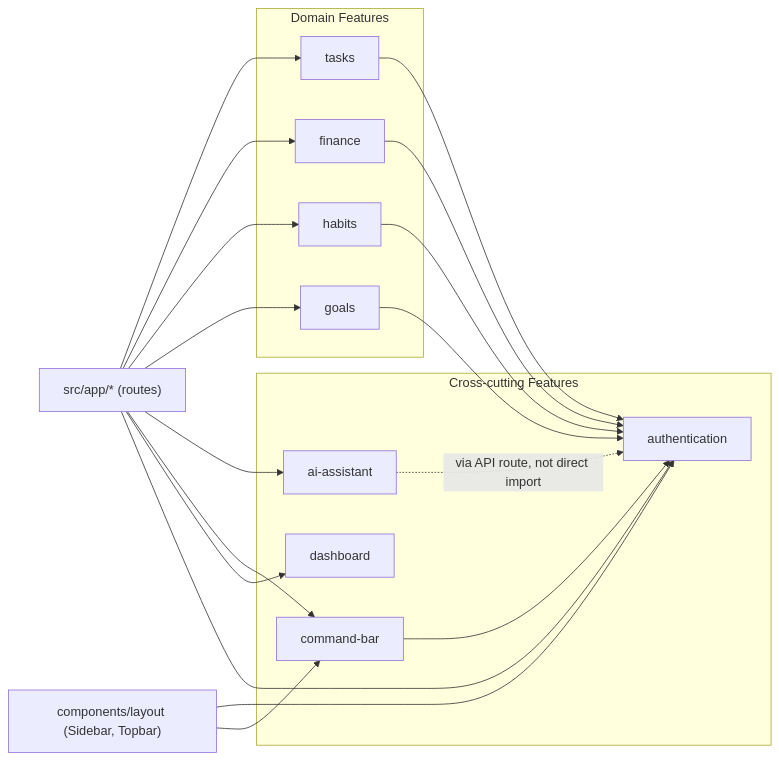
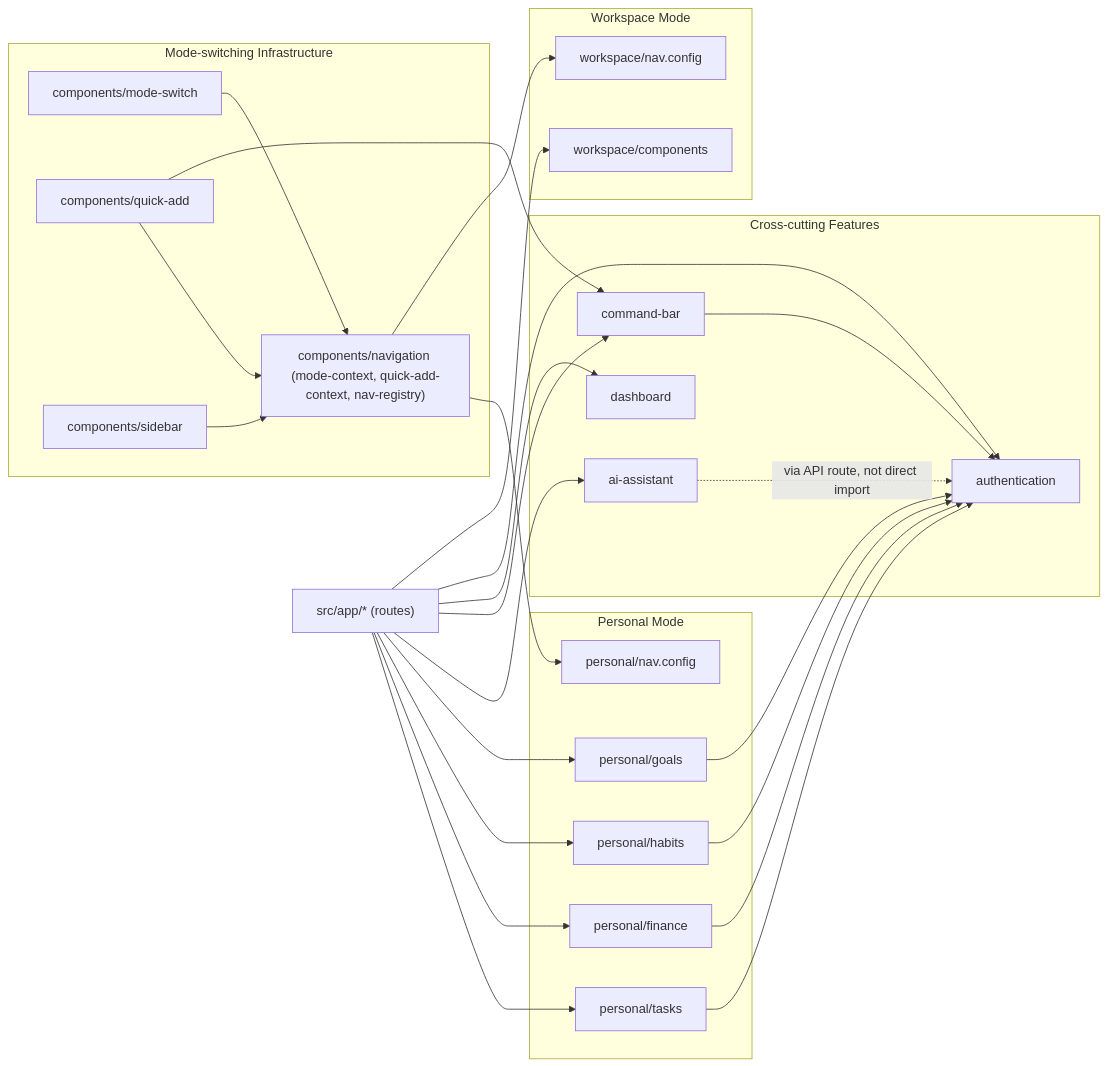
One commit to princeamzar10-sys/semua changed the diagram in ARCHITECTURE.md. Above: the diagram before and after it, drawn with Mermaid. The commit also changed other lines of this file and 69 other files, not shown here.

First line of the commit message:
feat: Personal/Workspace dual operating system

````diff
--- a/ARCHITECTURE.md
+++ b/ARCHITECTURE.md
@@ -79,40 +90,56 @@
 ```mermaid
 graph LR
     APP["src/app/* (routes)"]
 
-    subgraph Domain Features
-        TASKS[tasks]
-        FINANCE[finance]
-        HABITS[habits]
-        GOALS[goals]
+    subgraph Personal Mode
+        TASKS[personal/tasks]
+        FINANCE[personal/finance]
+        HABITS[personal/habits]
+        GOALS[personal/goals]
+        PNAV[personal/nav.config]
+    end
+
+    subgraph Workspace Mode
+        WPLACEHOLDER[workspace/components]
+        WNAV[workspace/nav.config]
     end
 
     subgraph Cross-cutting Features
         AUTH[authentication]
         CMDBAR[command-bar]
         AI[ai-assistant]
         DASH[dashboard]
     end
 
-    LAYOUT["components/layout (Sidebar, Topbar)"]
+    subgraph Mode-switching Infrastructure
+        NAVREG["components/navigation (mode-context, quick-add-context, nav-registry)"]
+        MODESWITCH[components/mode-switch]
+        QUICKADD[components/quick-add]
+        SIDEBAR[components/sidebar]
+    end
 
     APP --> TASKS
     APP --> FINANCE
     APP --> HABITS
     APP --> GOALS
     APP --> AI
     APP --> CMDBAR
     APP --> DASH
     APP --> AUTH
+    APP --> WPLACEHOLDER
 
     TASKS --> AUTH
     FINANCE --> AUTH
     HABITS --> AUTH
     GOALS --> AUTH
     CMDBAR --> AUTH
 
-    LAYOUT --> AUTH
-    LAYOUT --> CMDBAR
+    NAVREG --> PNAV
+    NAVREG --> WNAV
+    SIDEBAR --> NAVREG
+    MODESWITCH --> NAVREG
+    QUICKADD --> NAVREG
+    QUICKADD --> CMDBAR
 
     AI -.->|"via API route, not direct import"| AUTH
 ```
````
